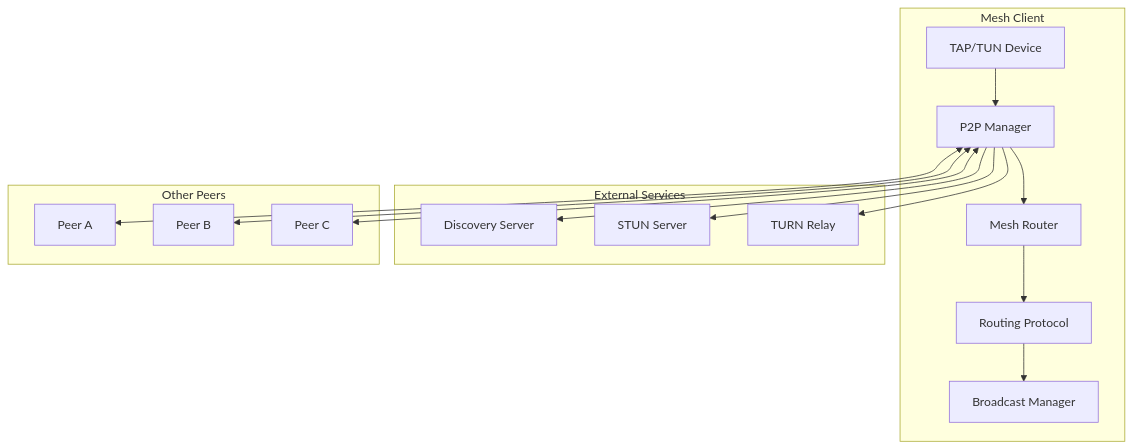
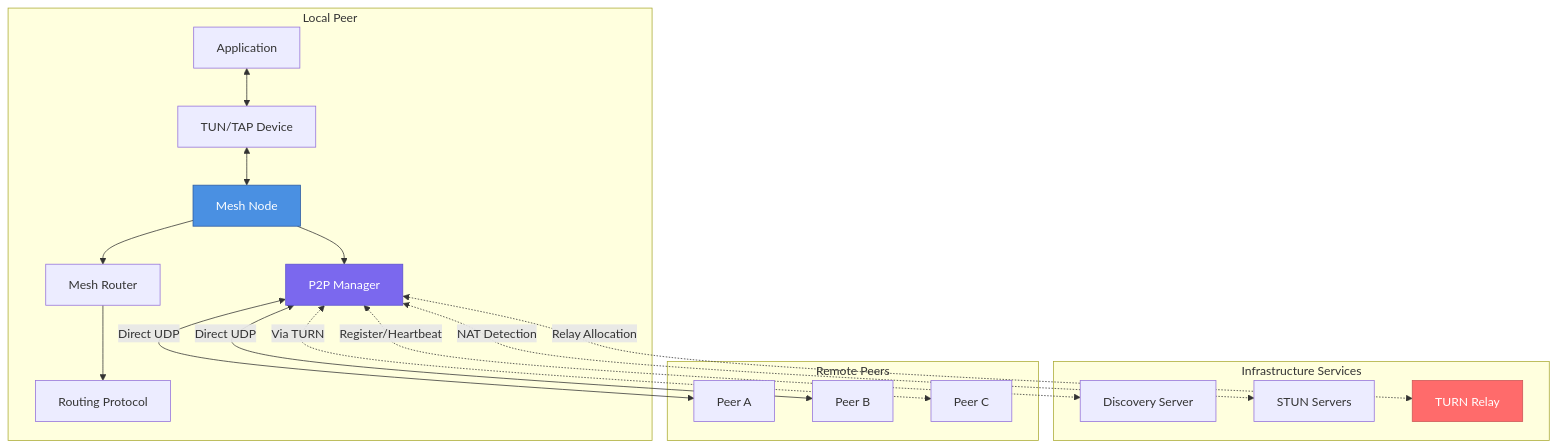
The first of 10 diagrams in docs/src/content/docs/mesh-networking.mdx (rennerdo30/bifrost-proxy), drawn with Mermaid before and after one commit. The commit also changed other lines of this file, not shown here.

First line of the commit message:
feat: US-025 - Document P2P/Relay networking

````diff
--- a/docs/src/content/docs/mesh-networking.mdx
+++ b/docs/src/content/docs/mesh-networking.mdx
@@ -69,35 +22,41 @@
 ```mermaid
-graph TB
-    subgraph "Mesh Client"
-        Device[TAP/TUN Device]
-        P2P[P2P Manager]
+flowchart TB
+    subgraph LocalPeer["Local Peer"]
+        App[Application]
+        Device[TUN/TAP Device]
+        MeshNode[Mesh Node]
+        P2PManager[P2P Manager]
         Router[Mesh Router]
-        Proto[Routing Protocol]
-        Broadcast[Broadcast Manager]
+        Protocol[Routing Protocol]
     end
 
-    subgraph "External Services"
+    subgraph Infrastructure["Infrastructure Services"]
         Discovery[Discovery Server]
-        STUN[STUN Server]
+        STUN[STUN Servers]
         TURN[TURN Relay]
     end
 
-    subgraph "Other Peers"
-        Peer1[Peer A]
-        Peer2[Peer B]
-        Peer3[Peer C]
+    subgraph RemotePeers["Remote Peers"]
+        PeerA[Peer A]
+        PeerB[Peer B]
+        PeerC[Peer C]
     end
 
-    Device --> P2P
-    P2P --> Router
-    Router --> Proto
-    Proto --> Broadcast
+    App <--> Device
+    Device <--> MeshNode
+    MeshNode --> P2PManager
+    MeshNode --> Router
+    Router --> Protocol
 
-    P2P --> Discovery
-    P2P --> STUN
-    P2P --> TURN
+    P2PManager <-.->|Register/Heartbeat| Discovery
+    P2PManager <-.->|NAT Detection| STUN
+    P2PManager <-.->|Relay Allocation| TURN
 
-    P2P <--> Peer1
-    P2P <--> Peer2
-    P2P <--> Peer3
+    P2PManager <-->|Direct UDP| PeerA
+    P2PManager <-->|Direct UDP| PeerB
+    P2PManager <-.->|Via TURN| PeerC
+
+    style MeshNode fill:#4a90e2,stroke:#2c5aa0,color:#fff
+    style P2PManager fill:#7b68ee,stroke:#5a4fcf,color:#fff
+    style TURN fill:#ff6b6b,stroke:#cc5555,color:#fff
 ```
````
